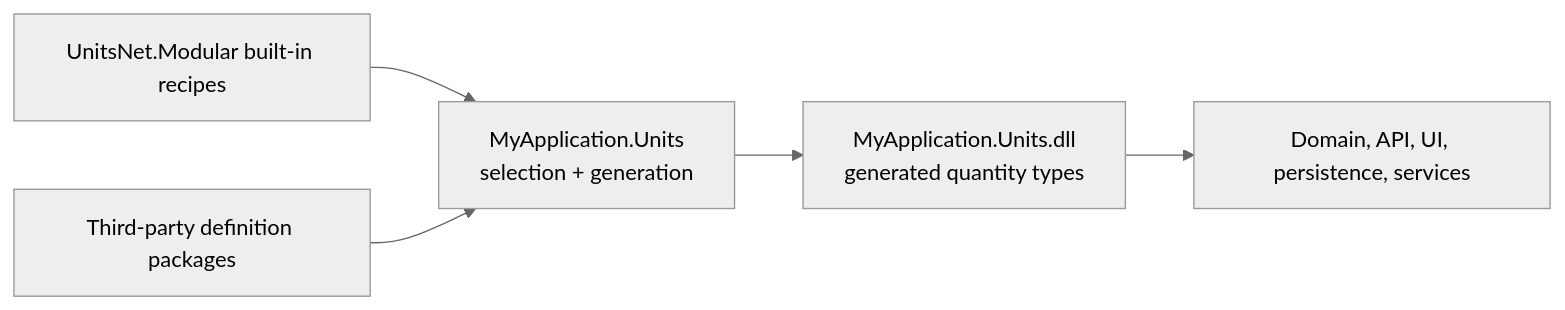
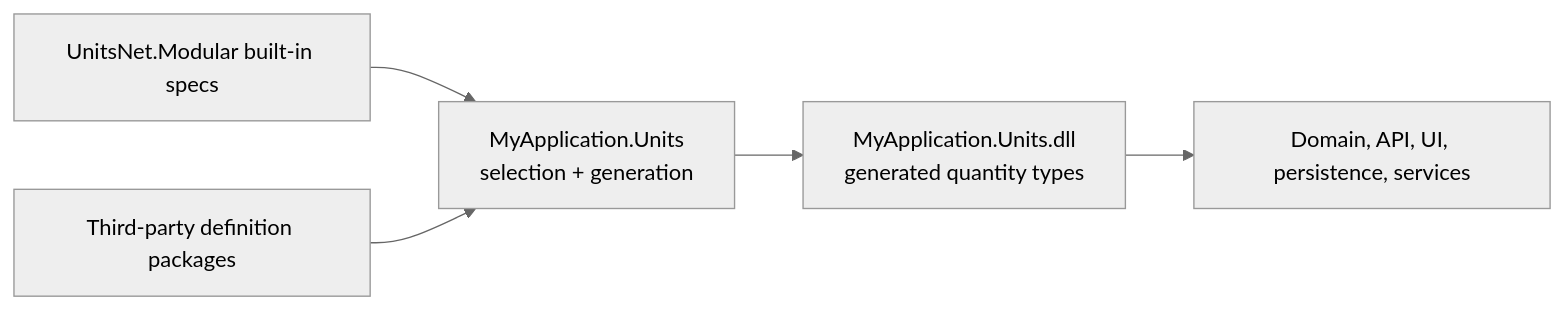
The diagram in UnitsNet.Modular/README.md (angularsen/UnitsNet), drawn with Mermaid (neutral theme) before and after one commit. The commit also changed other lines of this file and 5 other files, not shown here.

Commit message:
Standardize UnitsNet.Modular spec terminology

````diff
--- a/UnitsNet.Modular/README.md
+++ b/UnitsNet.Modular/README.md
@@ -120,13 +120,13 @@
 ```mermaid
 flowchart LR
-    BuiltIns["UnitsNet.Modular built-in recipes"]
+    BuiltIns["UnitsNet.Modular built-in specs"]
     ThirdParty["Third-party definition packages"]
     Units["MyApplication.Units<br/>selection + generation"]
     Assembly["MyApplication.Units.dll<br/>generated quantity types"]
     Apps["Domain, API, UI, persistence, services"]
 
     BuiltIns --> Units
     ThirdParty --> Units
     Units --> Assembly
     Assembly --> Apps
 ```
````
